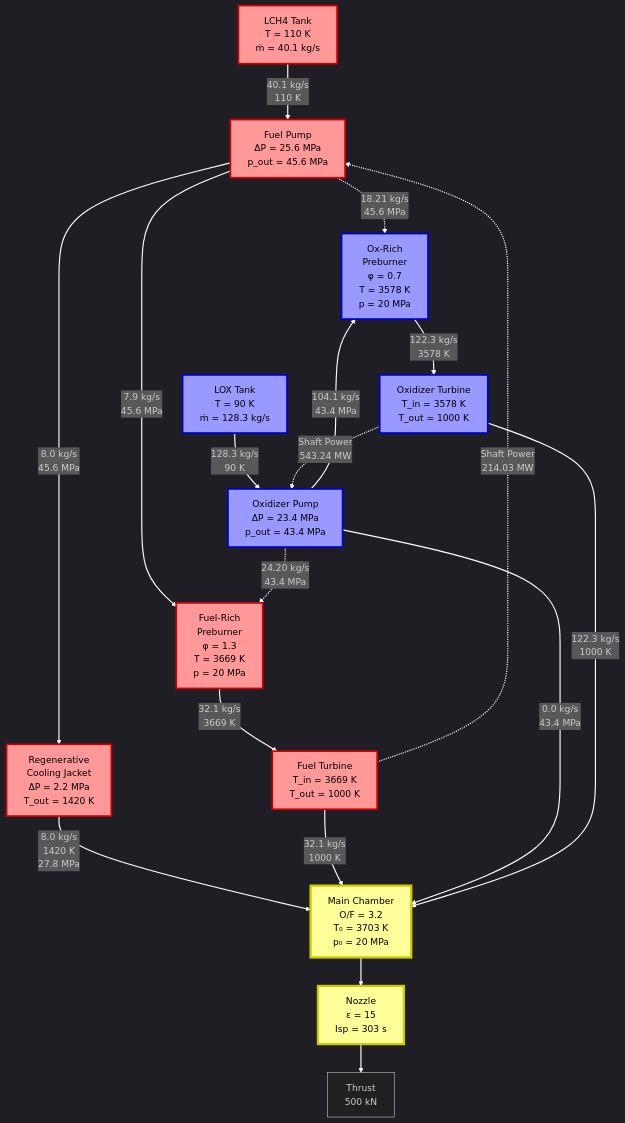
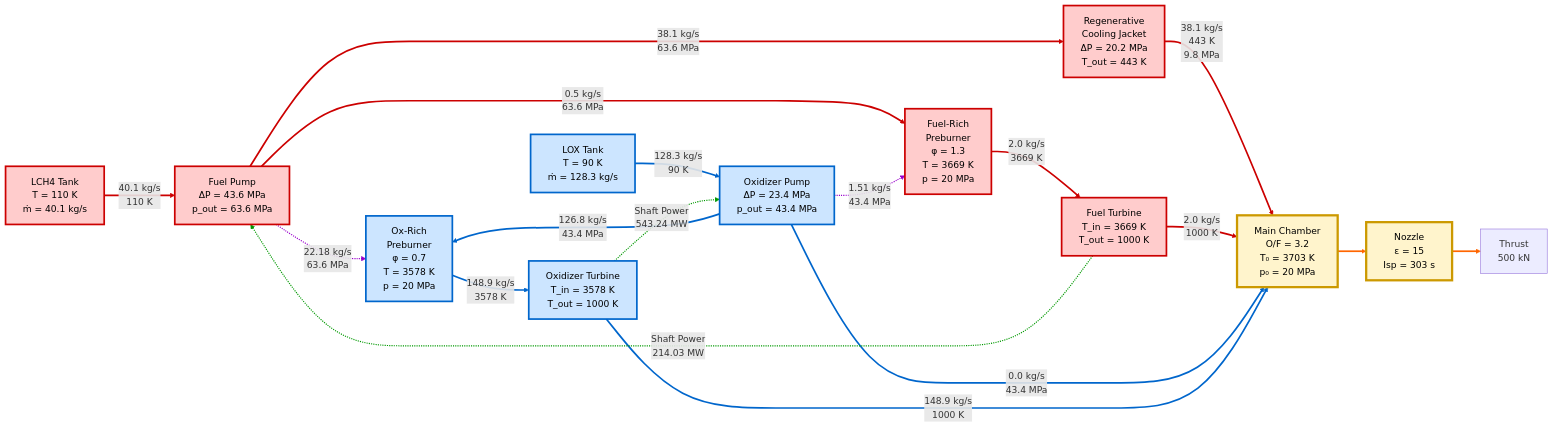
One commit to davetew/Modern-Aerospace-Propulsion changed the diagram in Week 13 - Solid Chemical, Electric & Nuclear Propulsion Systems/Models/ffsc_schematic.mmd. Above: the diagram before and after it, drawn with Mermaid. The commit also changed 46 other files, not shown here.

```diff
--- a/Week 13 - Solid Chemical, Electric & Nuclear Propulsion Systems/Models/ffsc_schematic.mmd
+++ b/Week 13 - Solid Chemical, Electric & Nuclear Propulsion Systems/Models/ffsc_schematic.mmd
@@ -1,61 +1,66 @@
-%%{init: {'theme':'dark','themeVariables': {'lineColor':'#ffffff','primaryTextColor':'#ffffff'}}}%%
-graph TB
-    %% Fuel side (left)
+%%{init: {'theme':'default','themeVariables': {'lineColor':'#333333','primaryTextColor':'#000000'}}}%%
+graph LR
+    %% Fuel side (top row)
     LCH4[LCH4 Tank<br/>T = 110 K<br/>ṁ = 40.1 kg/s]
-    FuelPump[Fuel Pump<br/>ΔP = 25.6 MPa<br/>p_out = 45.6 MPa]
+    FuelPump[Fuel Pump<br/>ΔP = 43.6 MPa<br/>p_out = 63.6 MPa]
     FuelPB[Fuel-Rich<br/>Preburner<br/>φ = 1.3<br/>T = 3669 K<br/>p = 20 MPa]
     FuelTurb[Fuel Turbine<br/>T_in = 3669 K<br/>T_out = 1000 K]
 
-    %% Oxidizer side (right)
+    %% Oxidizer side (bottom row)
     LOX[LOX Tank<br/>T = 90 K<br/>ṁ = 128.3 kg/s]
     OxPump[Oxidizer Pump<br/>ΔP = 23.4 MPa<br/>p_out = 43.4 MPa]
     OxPB[Ox-Rich<br/>Preburner<br/>φ = 0.7<br/>T = 3578 K<br/>p = 20 MPa]
     OxTurb[Oxidizer Turbine<br/>T_in = 3578 K<br/>T_out = 1000 K]
 
     %% Cooling system
-    Jacket[Regenerative<br/>Cooling Jacket<br/>ΔP = 2.2 MPa<br/>T_out = 1420 K]
+    Jacket[Regenerative<br/>Cooling Jacket<br/>ΔP = 20.2 MPa<br/>T_out = 443 K]
 
     %% Combustion chamber
     Chamber[Main Chamber<br/>O/F = 3.2<br/>T₀ = 3703 K<br/>p₀ = 20 MPa]
     Nozzle[Nozzle<br/>ε = 15<br/>Isp = 303 s]
     Thrust[Thrust<br/>500 kN]
 
-    %% Fuel flow paths
+    %% Fuel flow paths (red/orange for fuel)
     LCH4 -->|40.1 kg/s<br/>110 K| FuelPump
-    FuelPump -->|8.0 kg/s<br/>45.6 MPa| Jacket
-    FuelPump -->|7.9 kg/s<br/>45.6 MPa| FuelPB
-    Jacket -->|8.0 kg/s<br/>1420 K<br/>27.8 MPa| Chamber
+    FuelPump -->|38.1 kg/s<br/>63.6 MPa| Jacket
+    FuelPump -->|0.5 kg/s<br/>63.6 MPa| FuelPB
+    Jacket -->|38.1 kg/s<br/>443 K<br/>9.8 MPa| Chamber
 
-    %% Oxidizer to fuel preburner
-    OxPump -.->|24.20 kg/s<br/>43.4 MPa| FuelPB
-    FuelPB -->|32.1 kg/s<br/>3669 K| FuelTurb
-    FuelTurb -->|32.1 kg/s<br/>1000 K| Chamber
+    %% Oxidizer to fuel preburner (purple for cross-connections)
+    OxPump -.->|1.51 kg/s<br/>43.4 MPa| FuelPB
+    FuelPB -->|2.0 kg/s<br/>3669 K| FuelTurb
+    FuelTurb -->|2.0 kg/s<br/>1000 K| Chamber
 
-    %% Oxidizer flow paths
+    %% Oxidizer flow paths (blue for oxidizer)
     LOX -->|128.3 kg/s<br/>90 K| OxPump
-    OxPump -->|104.1 kg/s<br/>43.4 MPa| OxPB
+    OxPump -->|126.8 kg/s<br/>43.4 MPa| OxPB
     OxPump -->|0.0 kg/s<br/>43.4 MPa| Chamber
 
-    %% Fuel to ox preburner
-    FuelPump -.->|18.21 kg/s<br/>45.6 MPa| OxPB
-    OxPB -->|122.3 kg/s<br/>3578 K| OxTurb
-    OxTurb -->|122.3 kg/s<br/>1000 K| Chamber
+    %% Fuel to ox preburner (purple for cross-connections)
+    FuelPump -.->|22.18 kg/s<br/>63.6 MPa| OxPB
+    OxPB -->|148.9 kg/s<br/>3578 K| OxTurb
+    OxTurb -->|148.9 kg/s<br/>1000 K| Chamber
 
-    %% Power transmission (mechanical coupling)
+    %% Power transmission (mechanical coupling - green dashed)
     FuelTurb -.->|Shaft Power<br/>214.03 MW| FuelPump
     OxTurb -.->|Shaft Power<br/>543.24 MW| OxPump
 
-    %% Exhaust
+    %% Exhaust (hot gas - yellow/orange)
     Chamber --> Nozzle
     Nozzle --> Thrust
 
-    %% Styling
-    classDef fuel fill:#ff9999,stroke:#cc0000,stroke-width:3px,color:#000000
-    classDef ox fill:#9999ff,stroke:#0000cc,stroke-width:3px,color:#000000
-    classDef hot fill:#ffcc99,stroke:#ff6600,stroke-width:3px,color:#000000
-    classDef chamber fill:#ffff99,stroke:#cccc00,stroke-width:4px,color:#000000
+    %% Styling for white background
+    classDef fuel fill:#ffcccc,stroke:#cc0000,stroke-width:3px,color:#000000
+    classDef ox fill:#cce5ff,stroke:#0066cc,stroke-width:3px,color:#000000
+    classDef hot fill:#ffe6cc,stroke:#ff6600,stroke-width:3px,color:#000000
+    classDef chamber fill:#fff4cc,stroke:#cc9900,stroke-width:4px,color:#000000
     class LCH4,FuelPump,FuelPB,FuelTurb,Jacket fuel
     class LOX,OxPump,OxPB,OxTurb ox
     class Chamber,Nozzle chamber
 
-    linkStyle default stroke:#ffffff,stroke-width:2px
+    %% Link colors for visibility on white background
+    linkStyle 0,1,2,3,5,6 stroke:#cc0000,stroke-width:3px
+    linkStyle 7,8,9,11,12 stroke:#0066cc,stroke-width:3px
+    linkStyle 4,10 stroke:#9900cc,stroke-width:2px
+    linkStyle 13,14 stroke:#009900,stroke-width:2px
+    linkStyle 15,16 stroke:#ff6600,stroke-width:3px
```
